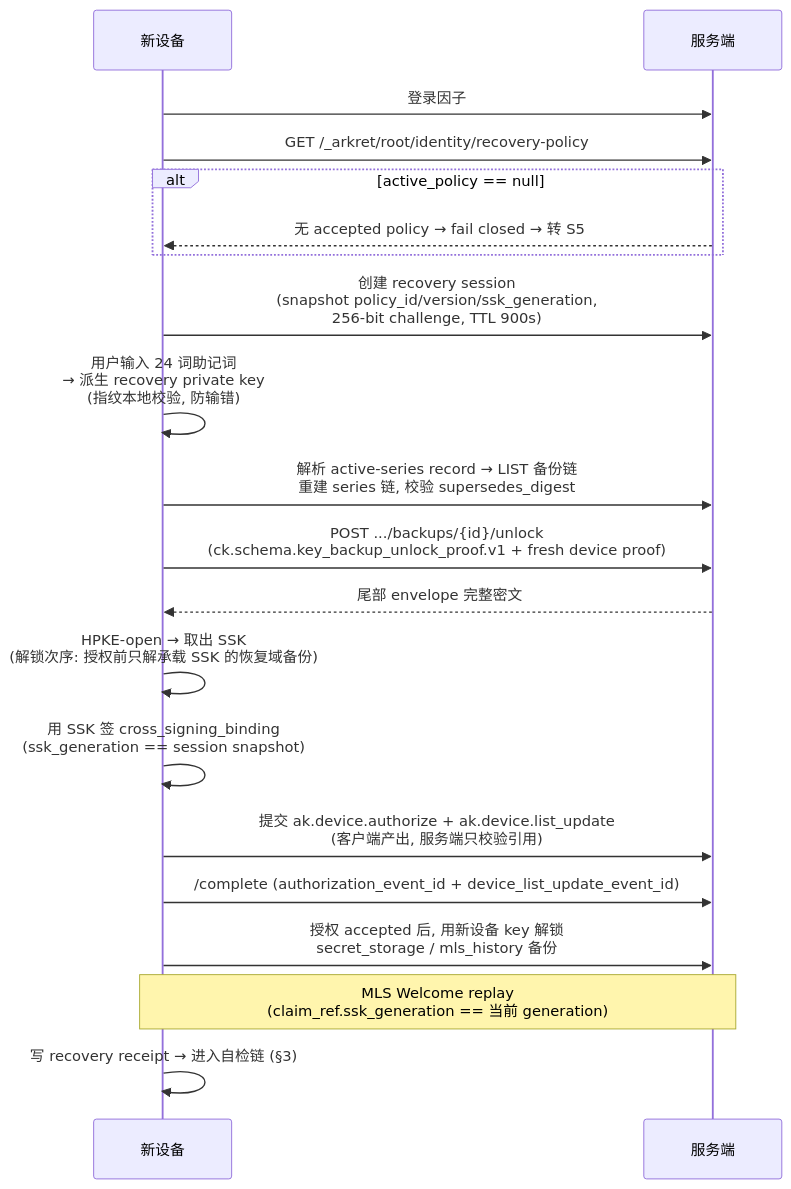
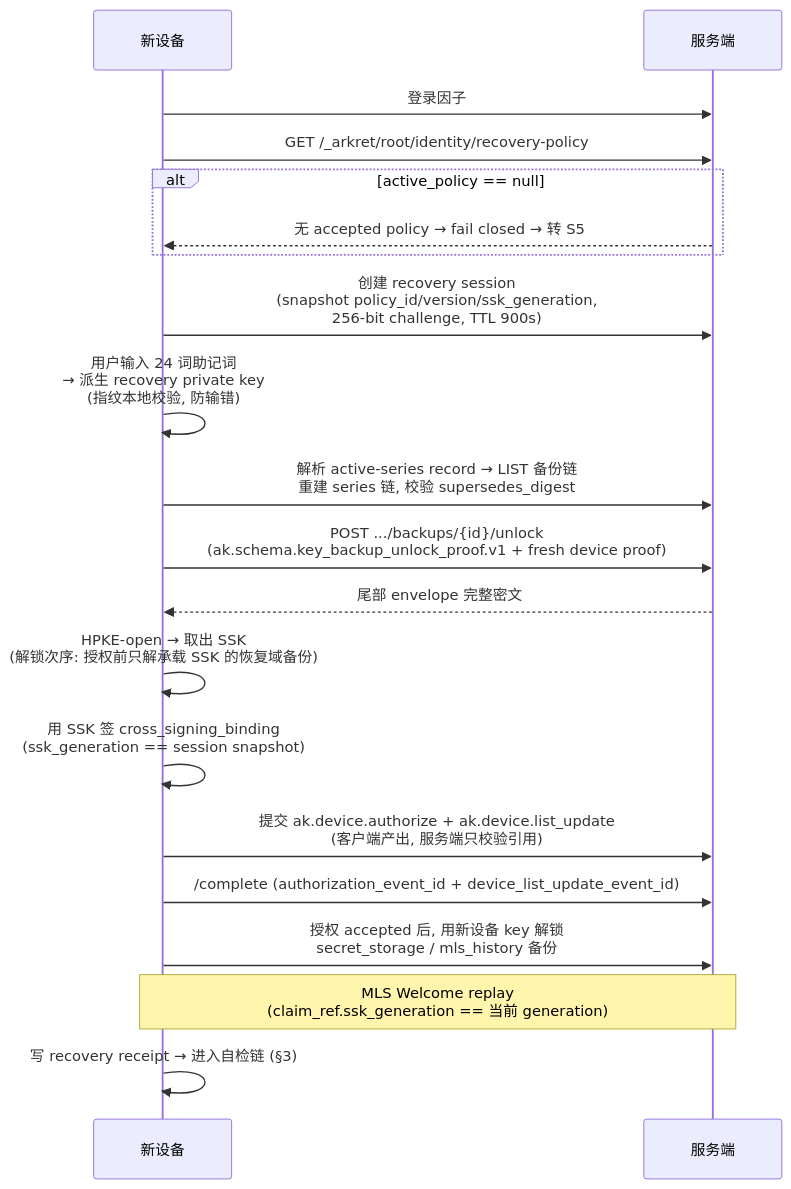
Before and after one commit to arkret-org/inkson: the fourth of 5 diagrams in docs/user-strands-key-lifecycle.md, drawn with Mermaid. The commit also changed other lines of this file and 222 other files, not shown here.

````diff
--- a/docs/user-strands-key-lifecycle.md
+++ b/docs/user-strands-key-lifecycle.md
@@ -169,23 +169,23 @@
 ```mermaid
 sequenceDiagram
     participant N as 新设备
     participant S as 服务端
 
     N->>S: 登录因子
     N->>S: GET /_arkret/root/identity/recovery-policy
     alt active_policy == null
         S-->>N: 无 accepted policy → fail closed → 转 S5
     end
     N->>S: 创建 recovery session<br/>(snapshot policy_id/version/ssk_generation,<br/>256-bit challenge, TTL 900s)
     N->>N: 用户输入 24 词助记词<br/>→ 派生 recovery private key<br/>(指纹本地校验, 防输错)
     N->>S: 解析 active-series record → LIST 备份链<br/>重建 series 链, 校验 supersedes_digest
-    N->>S: POST .../backups/{id}/unlock<br/>(ck.schema.key_backup_unlock_proof.v1 + fresh device proof)
+    N->>S: POST .../backups/{id}/unlock<br/>(ak.schema.key_backup_unlock_proof.v1 + fresh device proof)
     S-->>N: 尾部 envelope 完整密文
     N->>N: HPKE-open → 取出 SSK<br/>(解锁次序: 授权前只解承载 SSK 的恢复域备份)
     N->>N: 用 SSK 签 cross_signing_binding<br/>(ssk_generation == session snapshot)
     N->>S: 提交 ak.device.authorize + ak.device.list_update<br/>(客户端产出, 服务端只校验引用)
     N->>S: /complete (authorization_event_id + device_list_update_event_id)
     N->>S: 授权 accepted 后, 用新设备 key 解锁<br/>secret_storage / mls_history 备份
     Note over N,S: MLS Welcome replay<br/>(claim_ref.ssk_generation == 当前 generation)
     N->>N: 写 recovery receipt → 进入自检链 (§3)
 ```
````
